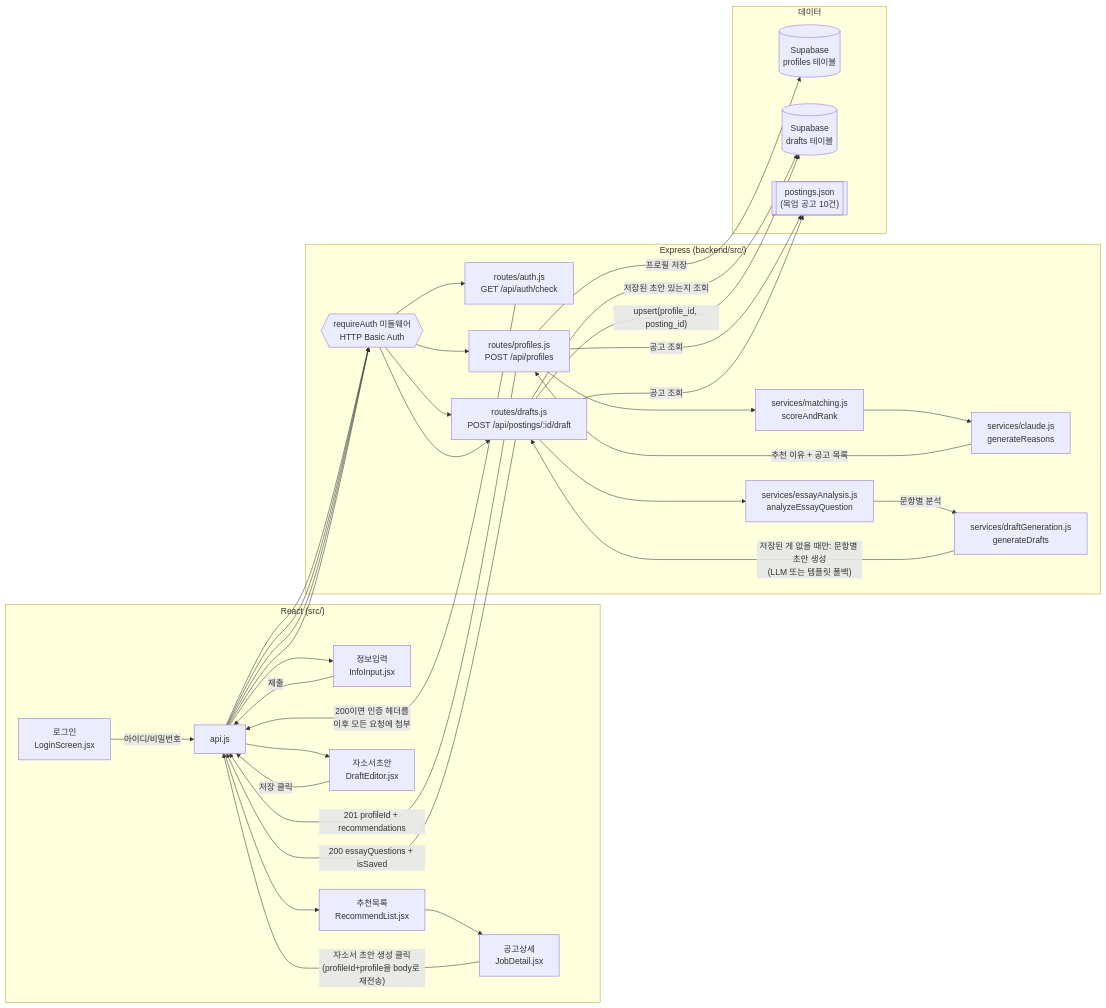
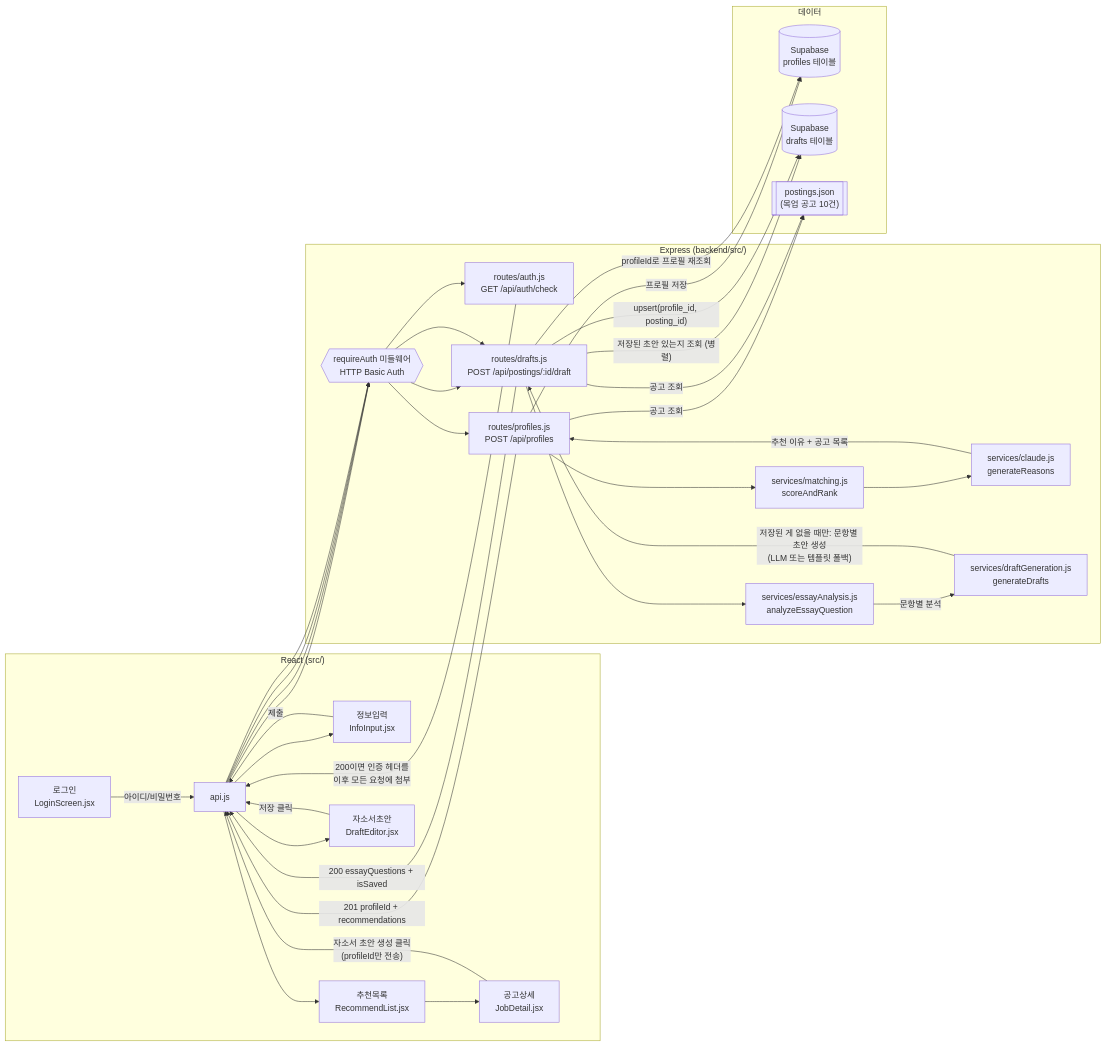
One commit to Mureung1/hub-showcase changed the first of 6 diagrams in README.md. Above: the diagram before and after it, drawn with Mermaid. The commit also changed other lines of this file and 2 other files, not shown here.

First line of the commit message:
docs: kick off 4주차 with issue tracking and an Agent workflow diagram

````diff
--- a/README.md
+++ b/README.md
@@ -81,50 +82,51 @@
 ```mermaid
 flowchart LR
     subgraph Frontend["React (src/)"]
         LoginScreen["로그인\nLoginScreen.jsx"]
         InfoInput["정보입력\nInfoInput.jsx"]
         RecommendList["추천목록\nRecommendList.jsx"]
         JobDetail["공고상세\nJobDetail.jsx"]
         DraftEditor["자소서초안\nDraftEditor.jsx"]
         Api["api.js"]
     end
 
     subgraph Backend["Express (backend/src/)"]
         RequireAuth{{"requireAuth 미들웨어\nHTTP Basic Auth"}}
         AuthRoute["routes/auth.js\nGET /api/auth/check"]
         ProfilesRoute["routes/profiles.js\nPOST /api/profiles"]
         DraftsRoute["routes/drafts.js\nPOST /api/postings/:id/draft"]
         Matching["services/matching.js\nscoreAndRank"]
         Claude["services/claude.js\ngenerateReasons"]
         EssayAnalysis["services/essayAnalysis.js\nanalyzeEssayQuestion"]
         DraftGen["services/draftGeneration.js\ngenerateDrafts"]
     end
 
     subgraph Data["데이터"]
         Profiles[("Supabase\nprofiles 테이블")]
         Drafts[("Supabase\ndrafts 테이블")]
         Postings[["postings.json\n(목업 공고 10건)"]]
     end
 
     LoginScreen -->|"아이디/비밀번호"| Api --> RequireAuth --> AuthRoute
     AuthRoute -->|"200이면 인증 헤더를\n이후 모든 요청에 첨부"| Api --> InfoInput
 
     InfoInput -->|"제출"| Api --> RequireAuth --> ProfilesRoute
     ProfilesRoute -->|"프로필 저장"| Profiles
     ProfilesRoute -->|"공고 조회"| Postings
     ProfilesRoute --> Matching
     Matching --> Claude
     Claude -->|"추천 이유 + 공고 목록"| ProfilesRoute
     ProfilesRoute -->|"201 profileId + recommendations"| Api
     Api --> RecommendList --> JobDetail
 
-    JobDetail -->|"자소서 초안 생성 클릭\n(profileId+profile을 body로 재전송)"| Api --> RequireAuth --> DraftsRoute
+    JobDetail -->|"자소서 초안 생성 클릭\n(profileId만 전송)"| Api --> RequireAuth --> DraftsRoute
     DraftsRoute -->|"공고 조회"| Postings
-    DraftsRoute -->|"저장된 초안 있는지 조회"| Drafts
+    DraftsRoute -->|"profileId로 프로필 재조회"| Profiles
+    DraftsRoute -->|"저장된 초안 있는지 조회 (병렬)"| Drafts
     DraftsRoute --> EssayAnalysis
     EssayAnalysis -->|"문항별 분석"| DraftGen
     DraftGen -->|"저장된 게 없을 때만: 문항별 초안 생성\n(LLM 또는 템플릿 폴백)"| DraftsRoute
     DraftsRoute -->|"200 essayQuestions + isSaved"| Api --> DraftEditor
     DraftEditor -->|"저장 클릭"| Api --> RequireAuth --> DraftsRoute
     DraftsRoute -->|"upsert(profile_id, posting_id)"| Drafts
 ```
````
